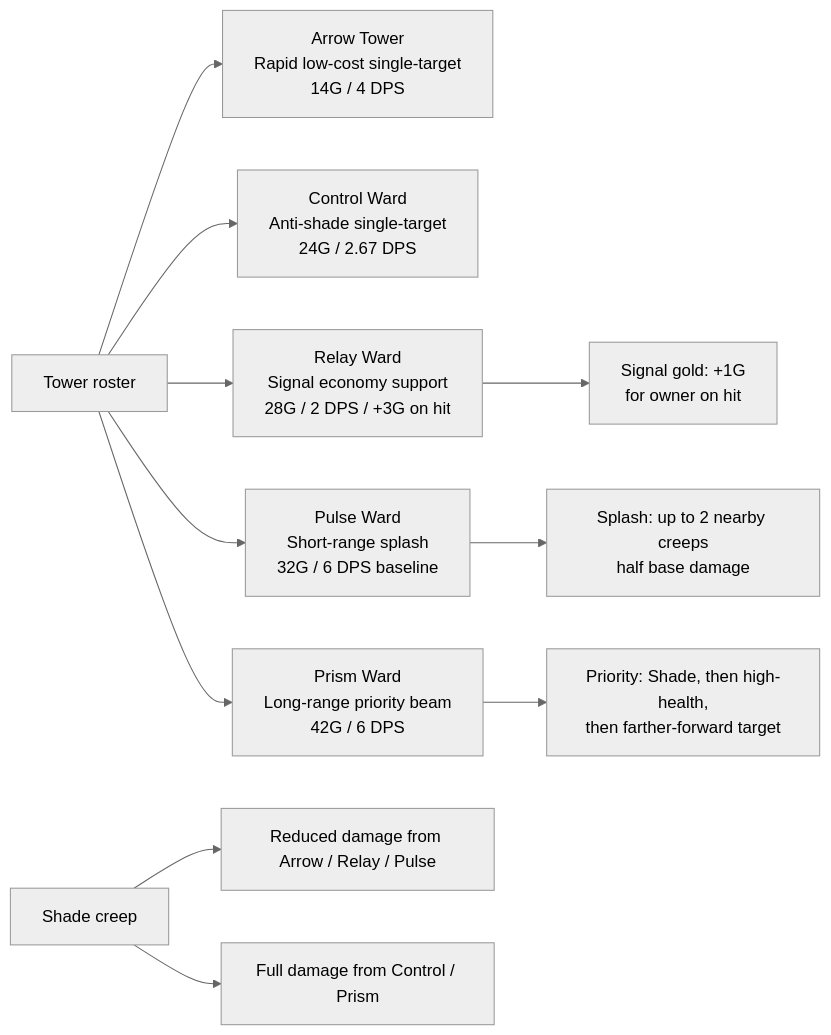
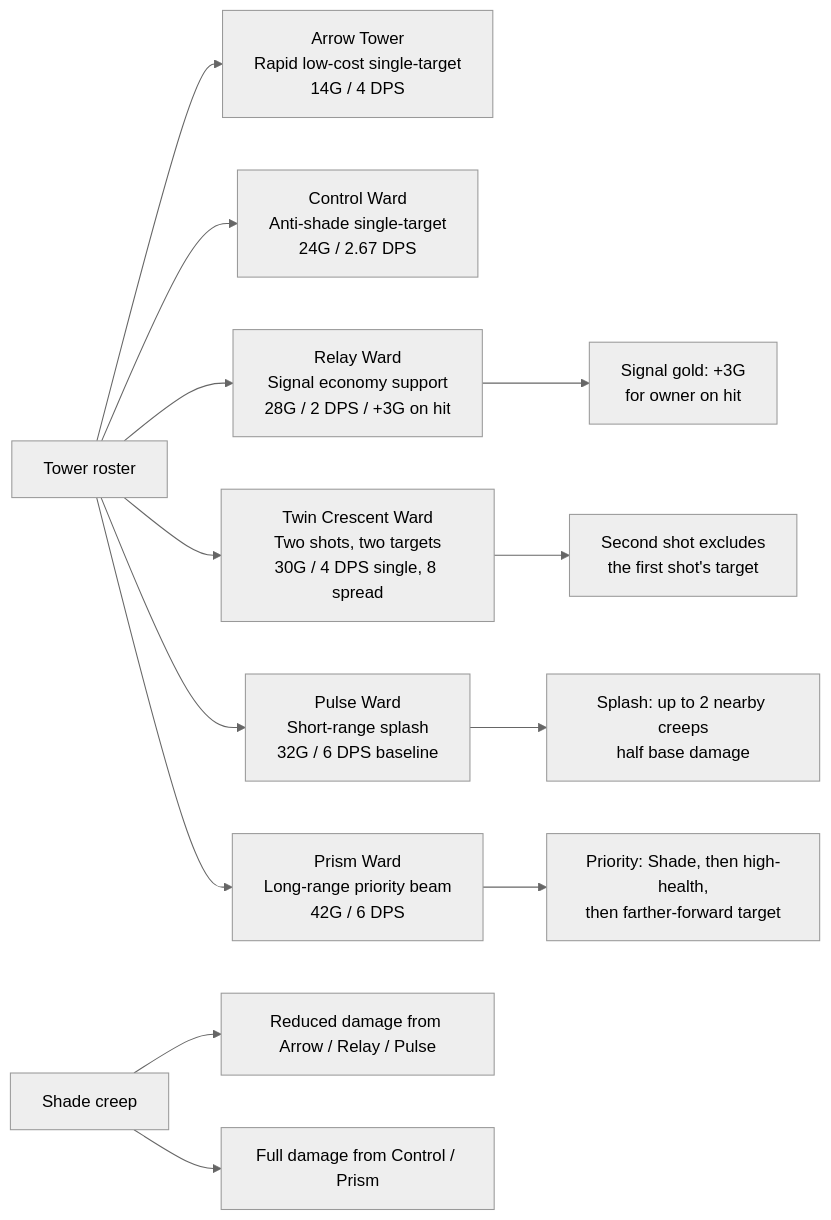
One commit to linewardsdev/Linewards-Dev changed the first of 3 diagrams in docs/TOWER_AND_CREEP_ROSTER.md. Above: the diagram before and after it, drawn with Mermaid (neutral theme). The commit also changed other lines of this file and 9 other files, not shown here.

````diff
--- a/docs/TOWER_AND_CREEP_ROSTER.md
+++ b/docs/TOWER_AND_CREEP_ROSTER.md
@@ -88,16 +91,18 @@
 ```mermaid
 flowchart LR
     towers["Tower roster"]
 
     towers --> arrow["Arrow Tower<br/>Rapid low-cost single-target<br/>14G / 4 DPS"]
     towers --> control["Control Ward<br/>Anti-shade single-target<br/>24G / 2.67 DPS"]
     towers --> relay["Relay Ward<br/>Signal economy support<br/>28G / 2 DPS / +3G on hit"]
+    towers --> twin["Twin Crescent Ward<br/>Two shots, two targets<br/>30G / 4 DPS single, 8 spread"]
     towers --> pulse["Pulse Ward<br/>Short-range splash<br/>32G / 6 DPS baseline"]
     towers --> prism["Prism Ward<br/>Long-range priority beam<br/>42G / 6 DPS"]
 
     shade["Shade creep"] --> reduced["Reduced damage from Arrow / Relay / Pulse"]
     shade --> full["Full damage from Control / Prism"]
     pulse --> splash["Splash: up to 2 nearby creeps<br/>half base damage"]
     prism --> priority["Priority: Shade, then high-health,<br/>then farther-forward target"]
-    relay --> signal["Signal gold: +1G<br/>for owner on hit"]
+    relay --> signal["Signal gold: +3G<br/>for owner on hit"]
+    twin --> second["Second shot excludes<br/>the first shot's target"]
 ```
````
